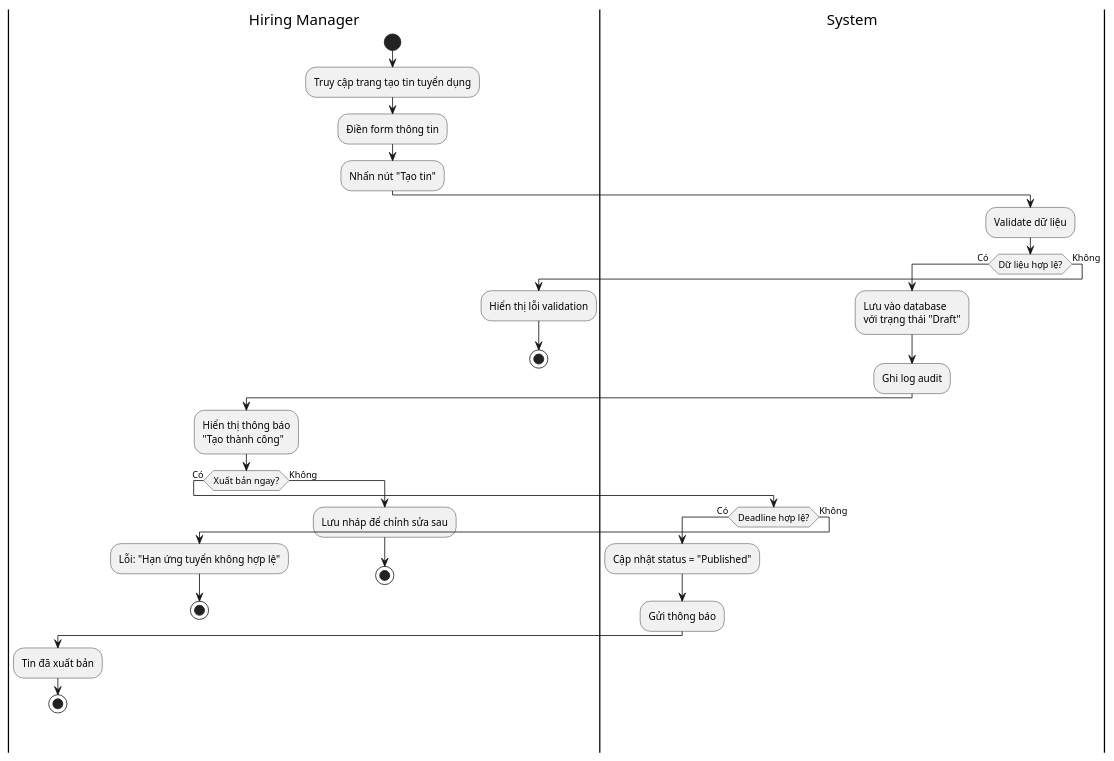
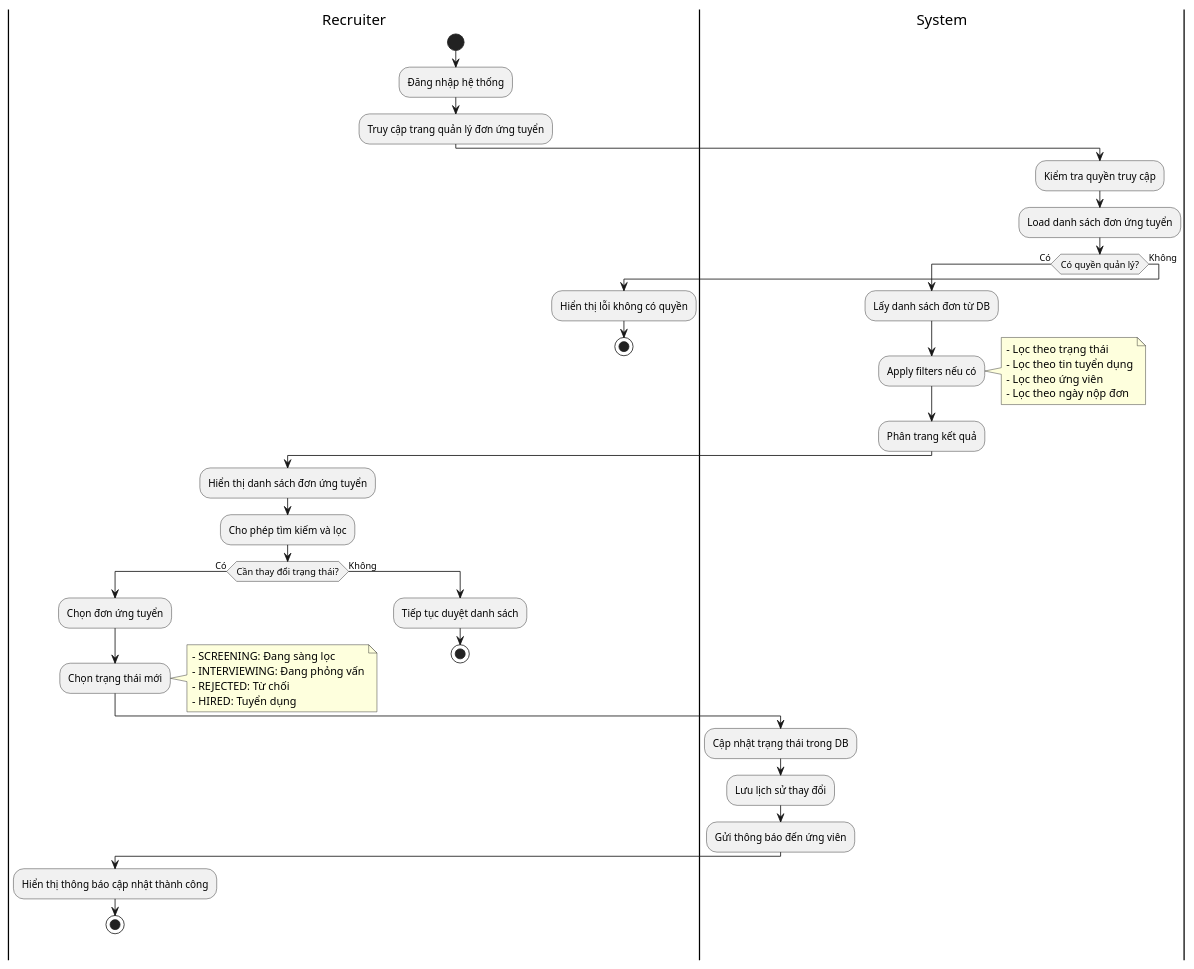
The diagram in sequence/UC-07/UC-07-activity-diagram.wsd (felix-253/TechLeet-server), drawn with PlantUML before and after one commit. The commit also changed 30 other files, not shown here.

```diff
--- a/sequence/UC-07/UC-07-activity-diagram.wsd
+++ b/sequence/UC-07/UC-07-activity-diagram.wsd
@@ -1,45 +1,56 @@
-@startuml
-|Hiring Manager|
+@startuml UC-07: Quản lý đơn ứng tuyển
+
+|Recruiter|
 start
-
-:Truy cập trang tạo tin tuyển dụng;
-
-:Điền form thông tin;
-
-:Nhấn nút "Tạo tin";
+:Đăng nhập hệ thống;
+:Truy cập trang quản lý đơn ứng tuyển;
 
 |System|
-:Validate dữ liệu;
+:Kiểm tra quyền truy cập;
+:Load danh sách đơn ứng tuyển;
 
-if (Dữ liệu hợp lệ?) then (Có)
-  :Lưu vào database\nvới trạng thái "Draft";
+if (Có quyền quản lý?) then (Có)
+  :Lấy danh sách đơn từ DB;
+  :Apply filters nếu có;
+  note right
+    - Lọc theo trạng thái
+    - Lọc theo tin tuyển dụng
+    - Lọc theo ứng viên
+    - Lọc theo ngày nộp đơn
+  end note
   
-  :Ghi log audit;
+  :Phân trang kết quả;
   
-  |Hiring Manager|
-  :Hiển thị thông báo\n"Tạo thành công";
+  |Recruiter|
+  :Hiển thị danh sách đơn ứng tuyển;
+  :Cho phép tìm kiếm và lọc;
   
-  if (Xuất bản ngay?) then (Có)
+  if (Cần thay đổi trạng thái?) then (Có)
+    :Chọn đơn ứng tuyển;
+    :Chọn trạng thái mới;
+    note right
+      - SCREENING: Đang sàng lọc
+      - INTERVIEWING: Đang phỏng vấn
+      - REJECTED: Từ chối
+      - HIRED: Tuyển dụng
+    end note
+    
     |System|
-    if (Deadline hợp lệ?) then (Có)
-      :Cập nhật status = "Published";
-      :Gửi thông báo;
-      |Hiring Manager|
-      :Tin đã xuất bản;
-      stop
-    else (Không)
-      |Hiring Manager|
-      :Lỗi: "Hạn ứng tuyển không hợp lệ";
-      stop
-    endif
+    :Cập nhật trạng thái trong DB;
+    :Lưu lịch sử thay đổi;
+    :Gửi thông báo đến ứng viên;
+    
+    |Recruiter|
+    :Hiển thị thông báo cập nhật thành công;
+    stop
   else (Không)
-    :Lưu nháp để chỉnh sửa sau;
+    :Tiếp tục duyệt danh sách;
     stop
   endif
-  
 else (Không)
-  |Hiring Manager|
-  :Hiển thị lỗi validation;
+  |Recruiter|
+  :Hiển thị lỗi không có quyền;
   stop
 endif
+
 @enduml
```
